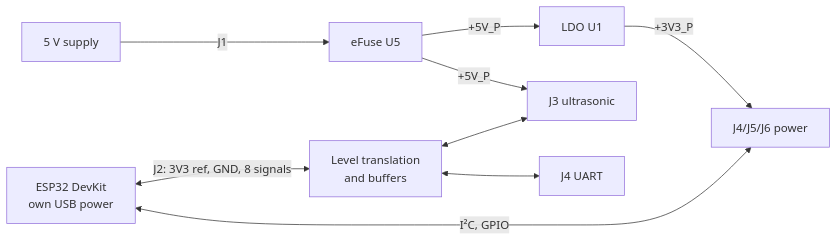
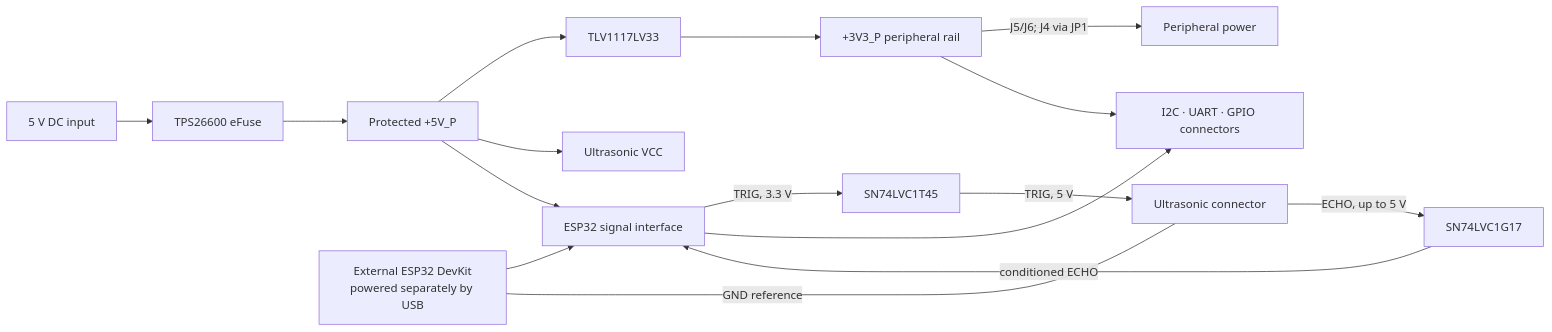
Before and after one commit to AJC938/AI-PCB-Engineer: the diagram in README.md, drawn with Mermaid. The commit also changed other lines of this file and 10 other files, not shown here.

````diff
--- a/README.md
+++ b/README.md
@@ -54,9 +24,16 @@
 ```mermaid
 flowchart LR
-  PSU[5 V supply] -->|J1| EF[eFuse U5] -->|+5V_P| LDO[LDO U1] -->|+3V3_P| P3[J4/J5/J6 power]
-  EF -->|+5V_P| US[J3 ultrasonic]
-  ESP[ESP32 DevKit<br/>own USB power] <-->|J2: 3V3 ref, GND, 8 signals| COND[Level translation<br/>and buffers]
-  COND <--> US
-  COND <--> UART[J4 UART]
-  ESP <-->|I²C, GPIO| P3
+  IN[5 V DC input] --> EF[TPS26600 eFuse] --> R5[Protected +5V_P]
+  R5 --> LDO[TLV1117LV33] --> R3[+3V3_P peripheral rail]
+  R5 --> USV[Ultrasonic VCC]
+  ESP[External ESP32 DevKit<br/>powered separately by USB] --> IF[ESP32 signal interface]
+  IF -->|TRIG, 3.3 V| TX[SN74LVC1T45]
+  TX -->|TRIG, 5 V| US[Ultrasonic connector]
+  US -->|ECHO, up to 5 V| RX[SN74LVC1G17]
+  RX -->|conditioned ECHO| IF
+  IF --> COM[I2C · UART · GPIO connectors]
+  R3 -->|J5/J6; J4 via JP1| PER[Peripheral power]
+  R5 --> IF
+  R3 --> COM
+  ESP ---|GND reference| US
 ```
````
